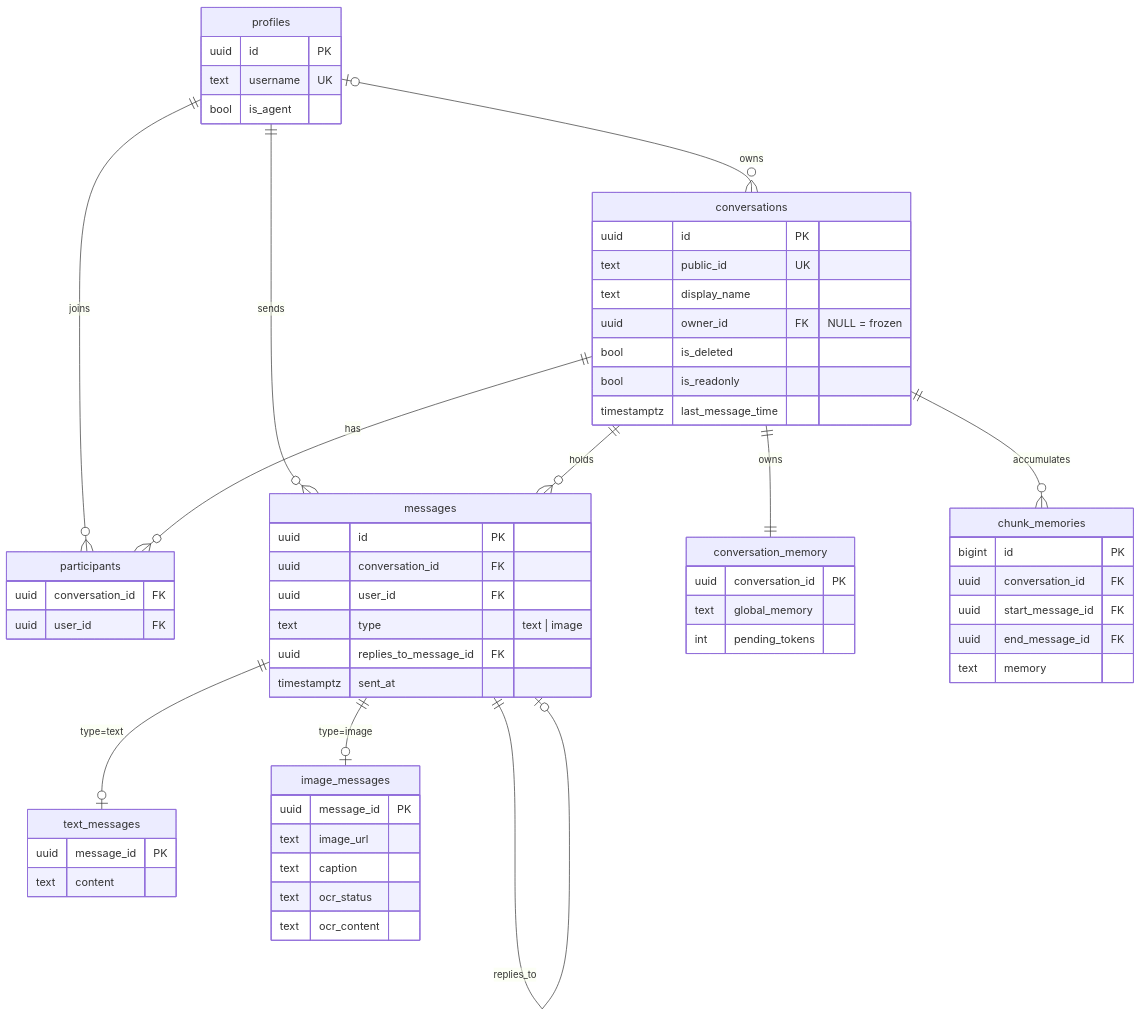
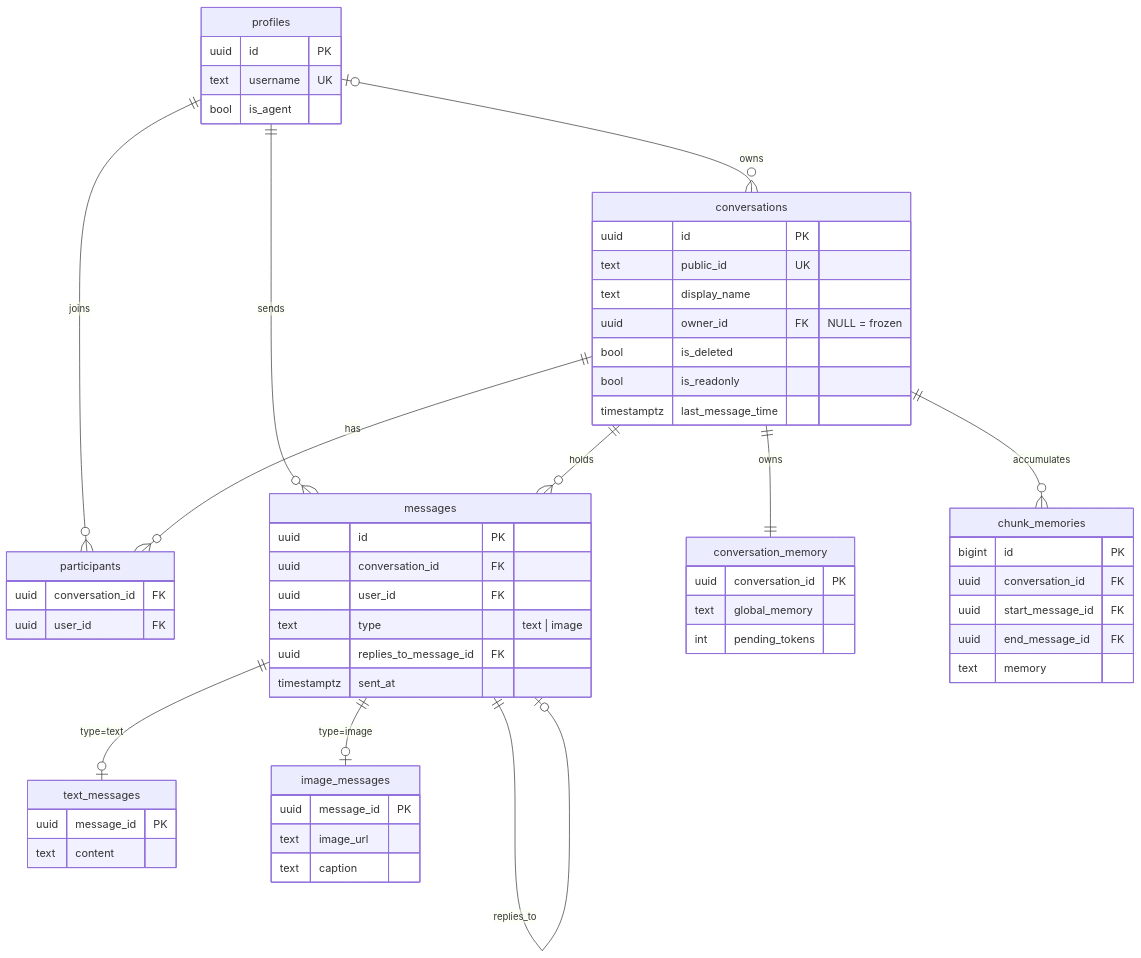
One commit to phanxuanquang/jetomax-assignment changed the diagram in docs/database-design.md. Above: the diagram before and after it, drawn with Mermaid. The commit also changed other lines of this file and 3 other files, not shown here.

````diff
--- a/docs/database-design.md
+++ b/docs/database-design.md
@@ -13,63 +13,61 @@
 ```mermaid
 erDiagram
     profiles ||--o{ participants : joins
     profiles ||--o{ messages : sends
     profiles |o--o{ conversations : owns
     conversations ||--o{ participants : has
     conversations ||--o{ messages : holds
     conversations ||--|| conversation_memory : owns
     conversations ||--o{ chunk_memories : accumulates
     messages ||--o| text_messages : "type=text"
     messages ||--o| image_messages : "type=image"
     messages ||--o| messages : replies_to
 
     profiles {
         uuid id PK
         text username UK
         bool is_agent
     }
     conversations {
         uuid id PK
         text public_id UK
         text display_name
         uuid owner_id FK "NULL = frozen"
         bool is_deleted
         bool is_readonly
         timestamptz last_message_time
     }
     participants {
         uuid conversation_id FK
         uuid user_id FK
     }
     messages {
         uuid id PK
         uuid conversation_id FK
         uuid user_id FK
         text type "text | image"
         uuid replies_to_message_id FK
         timestamptz sent_at
     }
     text_messages {
         uuid message_id PK
         text content
     }
     image_messages {
         uuid message_id PK
         text image_url
         text caption
-        text ocr_status
-        text ocr_content
     }
     conversation_memory {
         uuid conversation_id PK
         text global_memory
         int pending_tokens
     }
     chunk_memories {
         bigint id PK
         uuid conversation_id FK
         uuid start_message_id FK
         uuid end_message_id FK
         text memory
     }
 ```
````
